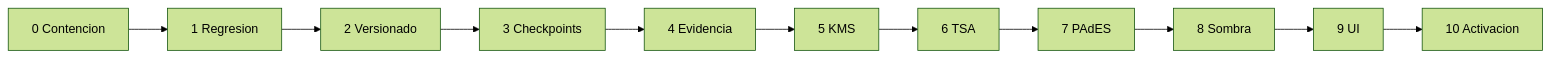
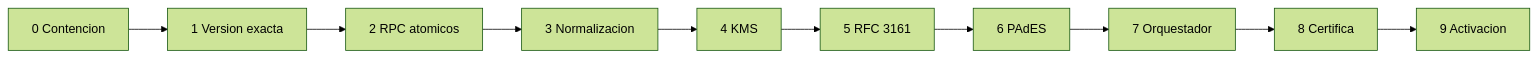
Before and after one commit to docuboxapp-art/docubox: the diagram in docs/crypto/migration-plan.md, drawn with Mermaid (forest theme). The commit also changed other lines of this file and 86 other files, not shown here.

````diff
--- a/docs/crypto/migration-plan.md
+++ b/docs/crypto/migration-plan.md
@@ -120,13 +116,12 @@
 ```mermaid
 flowchart LR
-  P0["0 Contencion"] --> P1["1 Regresion"]
-  P1 --> P2["2 Versionado"]
-  P2 --> P3["3 Checkpoints"]
-  P3 --> P4["4 Evidencia"]
-  P4 --> P5["5 KMS"]
-  P5 --> P6["6 TSA"]
-  P6 --> P7["7 PAdES"]
-  P7 --> P8["8 Sombra"]
-  P8 --> P9["9 UI"]
-  P9 --> P10["10 Activacion"]
+  P0["0 Contencion"] --> P1["1 Version exacta"]
+  P1 --> P2["2 RPC atomicos"]
+  P2 --> P3["3 Normalizacion"]
+  P3 --> P4["4 KMS"]
+  P4 --> P5["5 RFC 3161"]
+  P5 --> P6["6 PAdES"]
+  P6 --> P7["7 Orquestador"]
+  P7 --> P8["8 Certifica"]
+  P8 --> P9["9 Activacion"]
 ```
````
